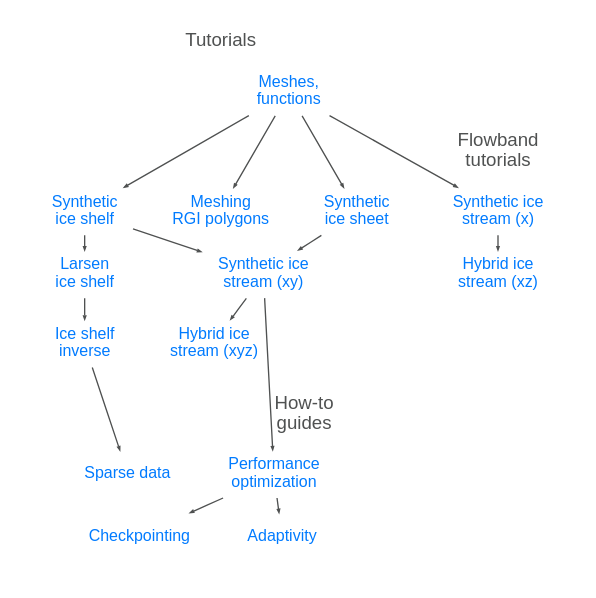
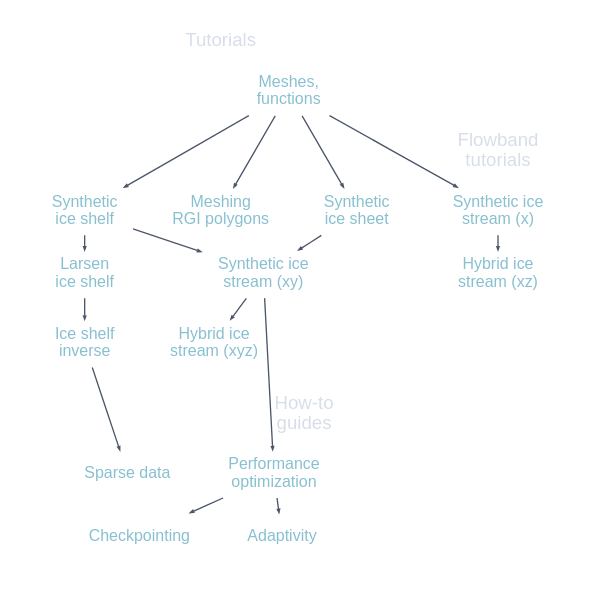
One commit to icepack/icepack.github.io changed the diagram in pages/tutorials.rst. Above: the diagram before and after it, drawn with Graphviz. The commit also changed 1 other file, not shown here.

Commit message:
Fix appearance of tutorial graph

```diff
--- a/pages/tutorials.rst
+++ b/pages/tutorials.rst
@@ -18,64 +18,64 @@
 .. graphviz::
 
     digraph tutorials {
-        node [fontname="helvetica", shape="plaintext", fontcolor="#007bff", fontsize="12"];
-        edge [arrowsize=0.25, color="#4F5151"];
+        node [fontname="helvetica", shape="plaintext", fontcolor="#88C0D0", fontsize="12"];
+        edge [arrowsize=0.25, color="#4C566A"];
         ranksep=0.15;
         rankdir="TB";
         splines="false";
         mode="hier";
         layout="dot";
         //newrank="true";
 
         meshes_functions [label="Meshes,\nfunctions", href="/notebooks/tutorials/00-meshes-functions/"];
         synthetic_ice_sheet [label="Synthetic\nice sheet", href="/notebooks/tutorials/01-synthetic-ice-sheet/"];
         synthetic_ice_shelf [label="Synthetic\nice shelf", href="/notebooks/tutorials/02-synthetic-ice-shelf/"];
         larsen_ice_shelf [label="Larsen\nice shelf", href="/notebooks/tutorials/03-larsen-ice-shelf/"];
         synthetic_ice_stream_x [label="Synthetic ice\nstream (x)", href="/notebooks/tutorials/04-synthetic-ice-stream-x/"];
         synthetic_ice_stream_xy [label="Synthetic ice\nstream (xy)", href="/notebooks/tutorials/04-synthetic-ice-stream-xy/"];
         ice_shelf_inverse [label="Ice shelf\ninverse", href="/notebooks/tutorials/05-ice-shelf-inverse/"];
         hybrid_ice_stream_xz [label="Hybrid ice\nstream (xz)", href="/notebooks/tutorials/06-hybrid-ice-stream-xz/"];
         hybrid_ice_stream_xyz [label="Hybrid ice\nstream (xyz)", href="/notebooks/tutorials/06-hybrid-ice-stream-xyz/"];
         rgi_meshing [label="Meshing\nRGI polygons", href="/notebooks/tutorials/07-rgi-meshing"]
 
         performance [label="Performance\noptimization", href="/notebooks/how-to/01-performance/"];
         checkpointing [label="Checkpointing", href="/notebooks/how-to/02-checkpointing/"];
         adaptivity [label="Adaptivity", href="/notebooks/how-to/03-adaptivity/"];
         sparse_data [label="Sparse data", href="/notebooks/how-to/04-sparse-data/"];
         //time_dependent_da [label="Time-dependent\ndata assimilation", href="/notebooks/how-to/05-time-dependent-inverse/"];
 
         subgraph cluster_planview_tutorials {
             penwidth=0;
-            fontcolor="#4F5151"
+            fontcolor="#D8DEE9";
             fontname="helvetica";
             label="Tutorials";
             meshes_functions -> synthetic_ice_sheet;
             meshes_functions -> rgi_meshing;
             meshes_functions -> synthetic_ice_shelf -> larsen_ice_shelf -> ice_shelf_inverse;
             synthetic_ice_shelf -> synthetic_ice_stream_xy;
             synthetic_ice_sheet -> synthetic_ice_stream_xy;
             synthetic_ice_stream_xy -> hybrid_ice_stream_xyz;
         }
 
         subgraph cluster_flowband_tutorials {
             penwidth=0;
-            fontcolor="#4F5151"
+            fontcolor="#D8DEE9";
             fontname="helvetica";
             label="Flowband\ntutorials";
             meshes_functions -> synthetic_ice_stream_x -> hybrid_ice_stream_xz;
         }
 
         synthetic_ice_stream_xy -> performance; // [constraint=false];
 
         subgraph cluster_how_to {
             penwidth=0;
-            fontcolor="#4F5151"
+            fontcolor="#D8DEE9";
             fontname="helvetica";
             label="How-to\nguides";
             labeljust="r";
             performance -> checkpointing;
             performance -> adaptivity;
             ice_shelf_inverse -> sparse_data;
             //ice_shelf_inverse -> time_dependent_da;
         }
     }
```
